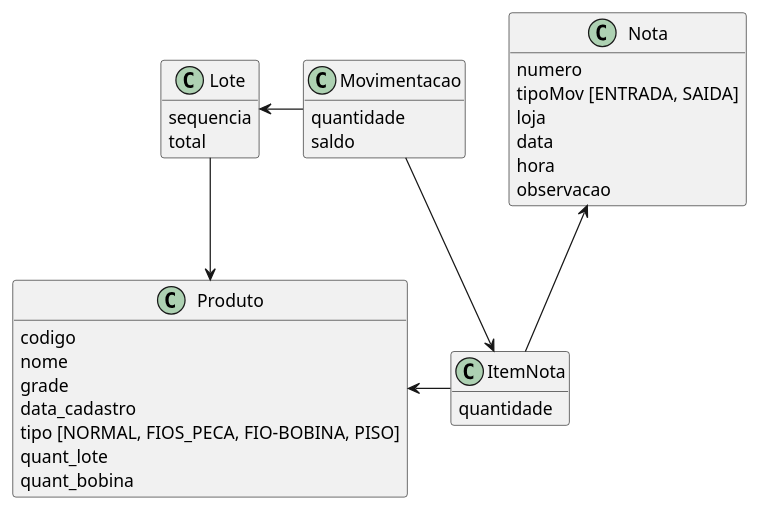
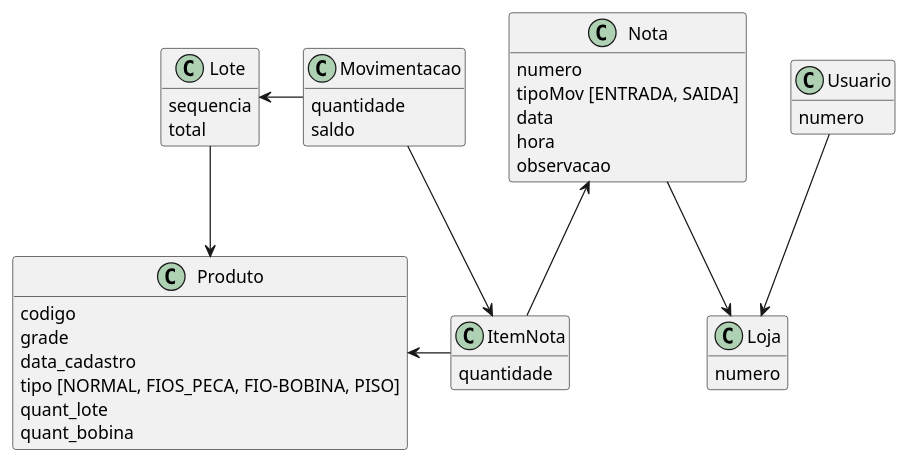
Before and after one commit to ivaneyvieira/engEstoque-Archive: the diagram in diagramas/modelo2.puml, drawn with PlantUML. The commit also changed 2 other files, not shown here.

```diff
--- a/diagramas/modelo2.puml
+++ b/diagramas/modelo2.puml
@@ -1,43 +1,51 @@
 @startuml modelo
 hide methods
 
 class Produto{
 	codigo
-	nome
 	grade
 	data_cadastro
 	tipo [NORMAL, FIOS_PECA, FIO-BOBINA, PISO]
 	quant_lote
 	quant_bobina
 }
 
 class ItemNota{
 	quantidade
 }
 
 class Nota {
 	numero
 	tipoMov [ENTRADA, SAIDA]
-	loja
 	data
 	hora
 	observacao
 }
 
 class Lote {
 	sequencia
 	total
 }
 
 class Movimentacao {
 	quantidade
 	saldo
 }
 
+class Loja {
+	numero
+}
+
+class Usuario {
+	numero
+}
+
 ItemNota	-u->	Nota
 ItemNota	-l->	Produto
 Lote		-->	Produto
 Movimentacao	-l->	Lote
 Movimentacao	-->	ItemNota
+Nota		-->	Loja
+Usuario		-->	Loja
 
 @enduml
```
